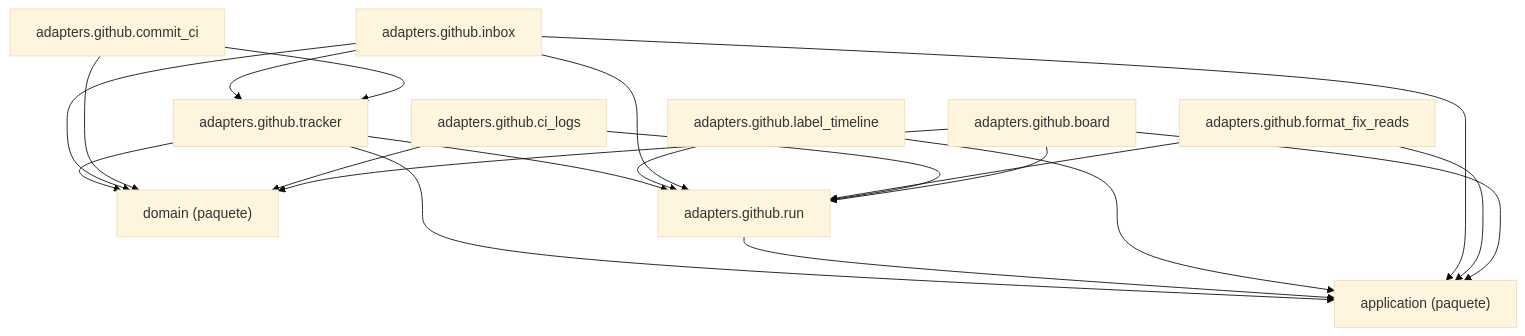
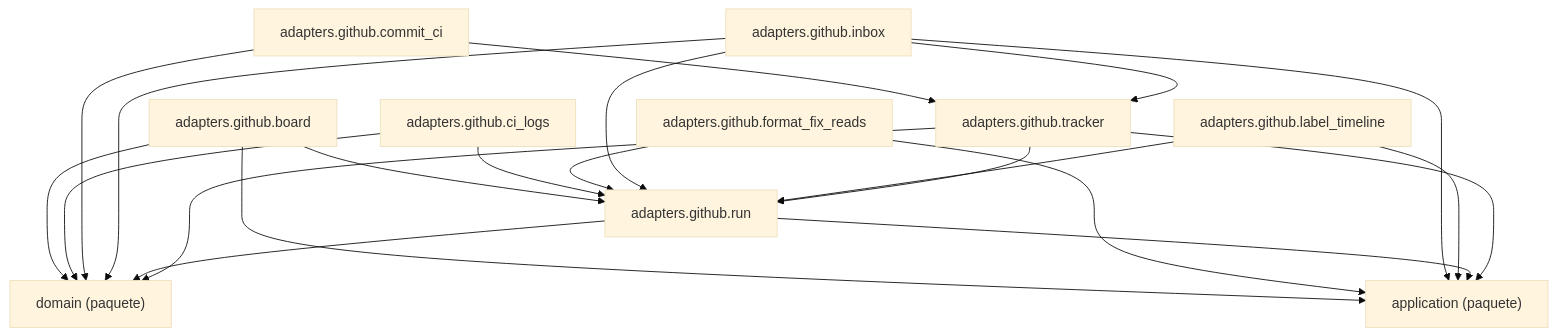
The diagram in docs/architecture/generated/packages-process-adapters-github.md (GonzaloZevallos/agentic-system), drawn with Mermaid (base theme) before and after one commit. The commit also changed 8 other files, not shown here.

````diff
--- a/docs/architecture/generated/packages-process-adapters-github.md
+++ b/docs/architecture/generated/packages-process-adapters-github.md
@@ -14,32 +14,33 @@
 ```mermaid
 graph TD
     g_pkg__application["application (paquete)"]
     g_pkg__domain["domain (paquete)"]
     m_adapters__github__board["adapters.github.board"]
     m_adapters__github__ci_logs["adapters.github.ci_logs"]
     m_adapters__github__commit_ci["adapters.github.commit_ci"]
     m_adapters__github__format_fix_reads["adapters.github.format_fix_reads"]
     m_adapters__github__inbox["adapters.github.inbox"]
     m_adapters__github__label_timeline["adapters.github.label_timeline"]
     m_adapters__github__run["adapters.github.run"]
     m_adapters__github__tracker["adapters.github.tracker"]
     m_adapters__github__board --> g_pkg__application
     m_adapters__github__board --> g_pkg__domain
     m_adapters__github__board --> m_adapters__github__run
     m_adapters__github__ci_logs --> g_pkg__domain
     m_adapters__github__ci_logs --> m_adapters__github__run
     m_adapters__github__commit_ci --> g_pkg__domain
     m_adapters__github__commit_ci --> m_adapters__github__tracker
     m_adapters__github__format_fix_reads --> g_pkg__application
     m_adapters__github__format_fix_reads --> m_adapters__github__run
     m_adapters__github__inbox --> g_pkg__application
     m_adapters__github__inbox --> g_pkg__domain
     m_adapters__github__inbox --> m_adapters__github__run
     m_adapters__github__inbox --> m_adapters__github__tracker
     m_adapters__github__label_timeline --> g_pkg__application
     m_adapters__github__label_timeline --> m_adapters__github__run
     m_adapters__github__run --> g_pkg__application
+    m_adapters__github__run --> g_pkg__domain
     m_adapters__github__tracker --> g_pkg__application
     m_adapters__github__tracker --> g_pkg__domain
     m_adapters__github__tracker --> m_adapters__github__run
 ```
````
